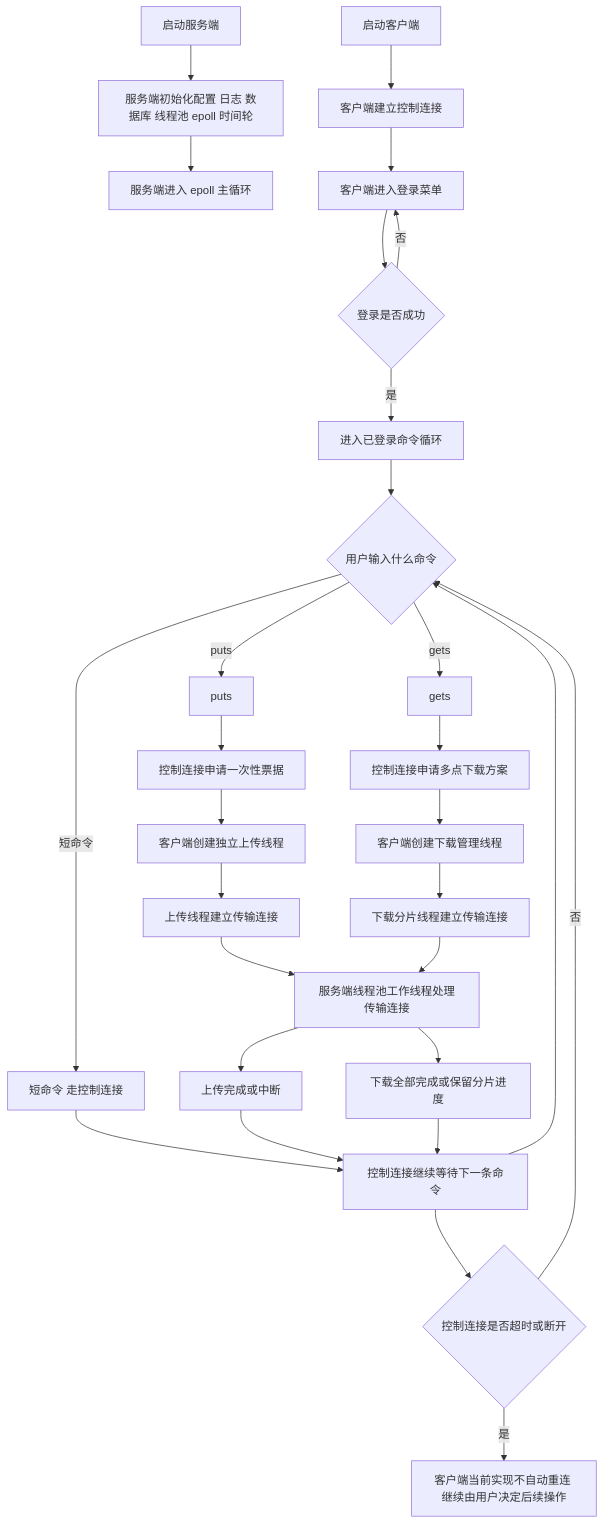
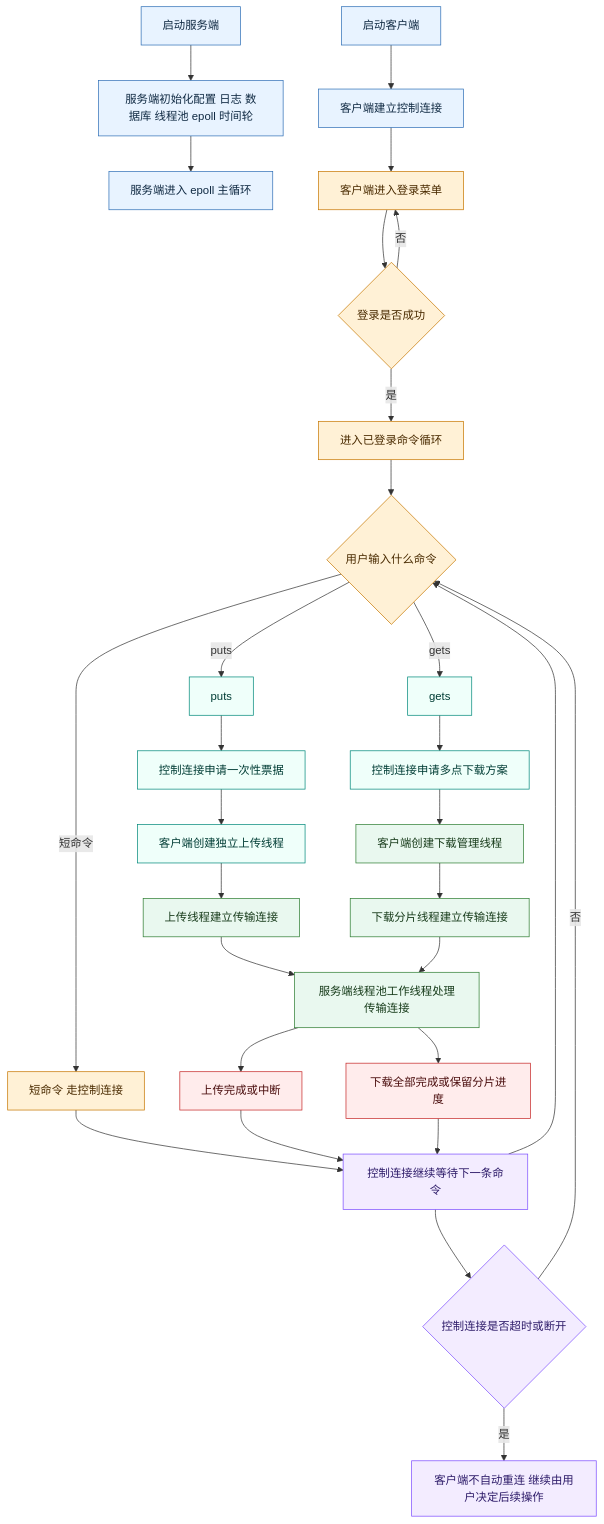
Before and after one commit to panlong-studio/WindCloud_V4: the first of 20 diagrams in docs/V5全流程活动图详解.md, drawn with Mermaid. The commit also changed other lines of this file and 5 other files, not shown here.

````diff
--- a/docs/V5全流程活动图详解.md
+++ b/docs/V5全流程活动图详解.md
@@ -88,38 +90,51 @@
 ```mermaid
 flowchart TD
     A[启动服务端]
     B[服务端初始化配置 日志 数据库 线程池 epoll 时间轮]
     C[服务端进入 epoll 主循环]
     D[启动客户端]
     E[客户端建立控制连接]
     F[客户端进入登录菜单]
     G{登录是否成功}
     H[进入已登录命令循环]
     I{用户输入什么命令}
     J[短命令 走控制连接]
     K[puts]
     L[gets]
     M[控制连接申请一次性票据]
     N[控制连接申请多点下载方案]
     O[客户端创建独立上传线程]
     P[客户端创建下载管理线程]
     Q[上传线程建立传输连接]
     R[下载分片线程建立传输连接]
     S[服务端线程池工作线程处理传输连接]
     T[上传完成或中断]
     U[下载全部完成或保留分片进度]
     V[控制连接继续等待下一条命令]
     W{控制连接是否超时或断开}
-    X[客户端当前实现不自动重连 继续由用户决定后续操作]
+    X[客户端不自动重连 继续由用户决定后续操作]
 
     A --> B --> C
     D --> E --> F --> G
     G -- 否 --> F
     G -- 是 --> H --> I
     I -- 短命令 --> J --> V --> I
     I -- puts --> K --> M --> O --> Q --> S --> T --> V
     I -- gets --> L --> N --> P --> R --> S --> U --> V
     V --> W
     W -- 否 --> I
     W -- 是 --> X
+    classDef phase1 fill:#E8F3FF,stroke:#2F6FB6,color:#102A43
+    classDef phase2 fill:#FFF1D6,stroke:#C77700,color:#4A2B00
+    classDef phase3 fill:#EFFFFA,stroke:#00897B,color:#003D35
+    classDef phase4 fill:#E9F8EF,stroke:#2E7D32,color:#173B1A
+    classDef phase5 fill:#F3ECFF,stroke:#7C4DFF,color:#2D1B69
+    classDef fail fill:#FFECEC,stroke:#C62828,color:#4A0D0D
+
+    class A,B,C,D,E phase1
+    class F,G,H,I,J phase2
+    class K,L,M,N,O phase3
+    class P,Q,R,S phase4
+    class V,W,X phase5
+    class T,U fail
 ```
````
